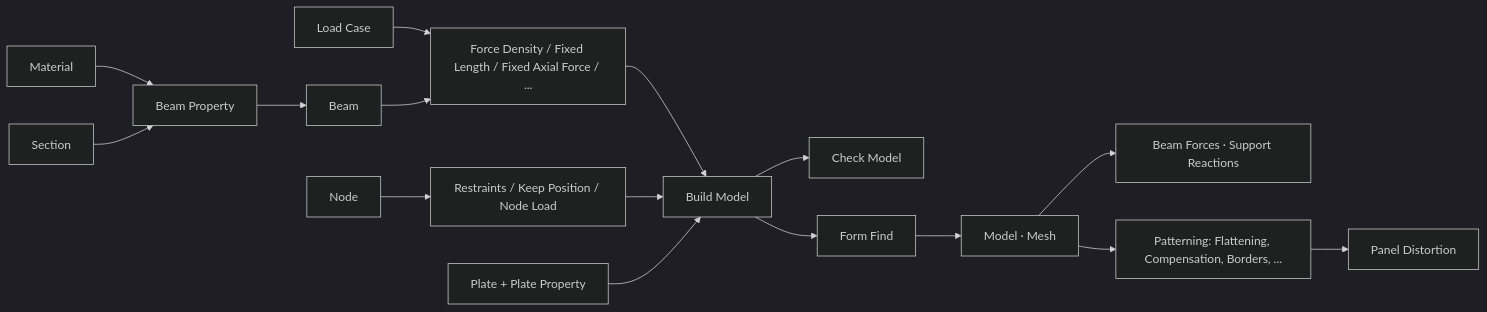
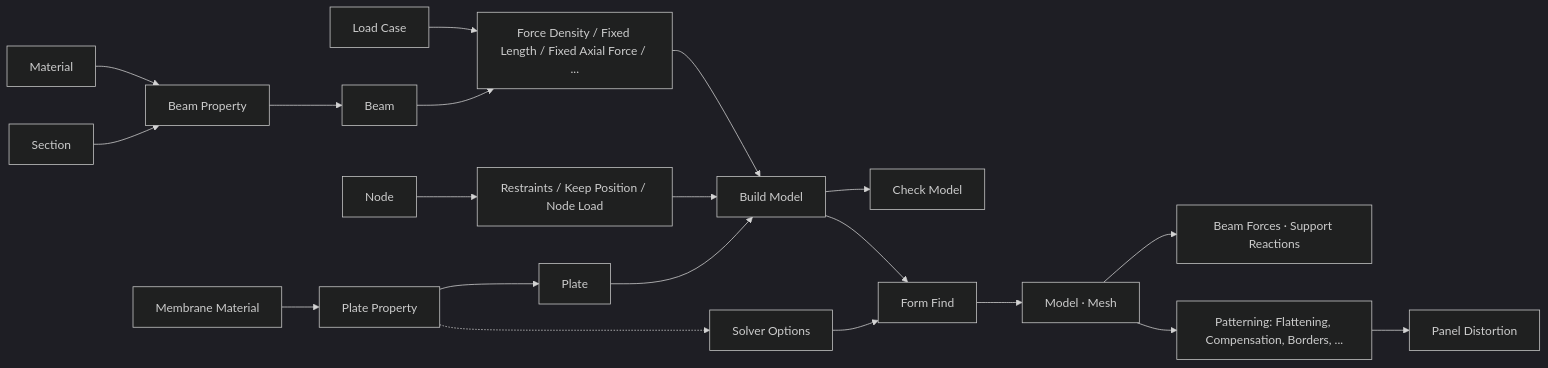
Before and after one commit to ITEC-GPA/Arachne: the diagram in README.md, drawn with Mermaid (dark theme). The commit also changed other lines of this file and 40 other files, not shown here.

First line of the commit message:
Arachne 0.3.0-rc.5: slimming, Membrane Material and Solver Options

````diff
--- a/README.md
+++ b/README.md
@@ -27,18 +27,22 @@
 ```mermaid
 flowchart LR
   MAT[Material] --> BP[Beam Property]
   SEC[Section] --> BP
   BP --> B[Beam]
   LC[Load Case] --> FD
   B --> FD[Force Density / Fixed Length / Fixed Axial Force / ...]
   N[Node] --> R[Restraints / Keep Position / Node Load]
   FD --> BM[Build Model]
   R --> BM
-  PL[Plate + Plate Property] --> BM
+  MM[Membrane Material] --> PP[Plate Property]
+  PP --> PL[Plate]
+  PL --> BM
   BM --> CK[Check Model]
   BM --> FF[Form Find]
+  PP -.-> SO[Solver Options]
+  SO --> FF
   FF --> OUT[Model · Mesh]
   OUT --> RES[Beam Forces · Support Reactions]
   OUT --> PAT[Patterning: Flattening, Compensation, Borders, ...]
   PAT --> PD[Panel Distortion]
 ```
````
